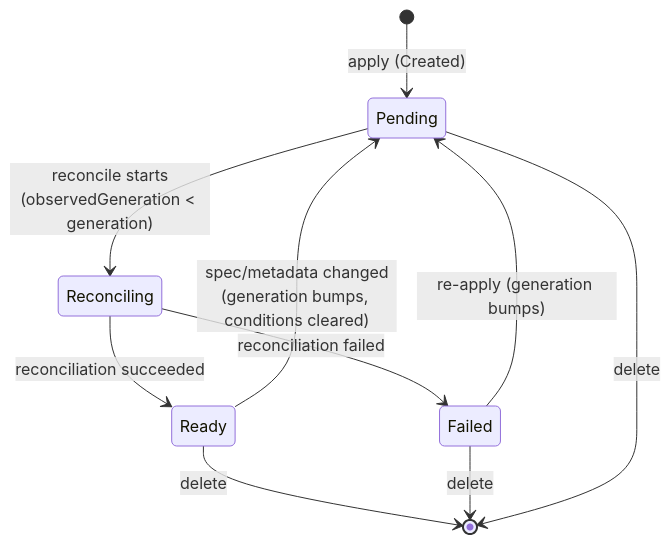
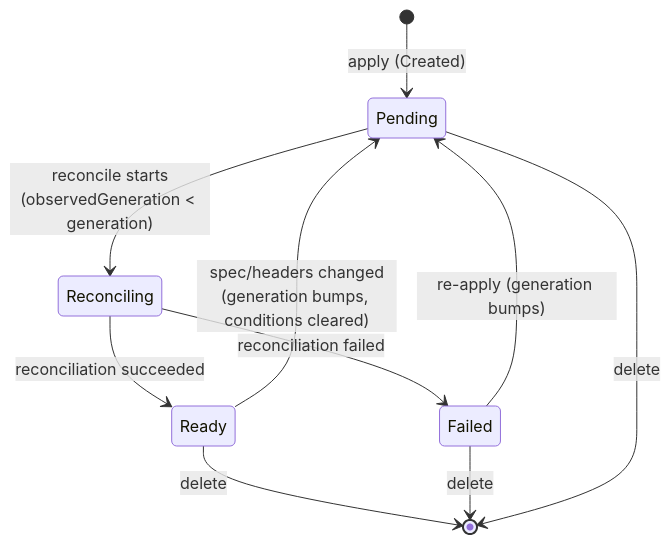
The seventh of 7 diagrams in docs/internal/resources-framework.md (kamu-data/kamu-cli), drawn with Mermaid before and after one commit. The commit also changed other lines of this file and 102 other files, not shown here.

Commit message:
`metadata` => `headers`

````diff
--- a/docs/internal/resources-framework.md
+++ b/docs/internal/resources-framework.md
@@ -883,12 +899,12 @@
 ```mermaid
 stateDiagram-v2
     [*] --> Pending: apply (Created)
     Pending --> Reconciling: reconcile starts<br/>(observedGeneration < generation)
     Reconciling --> Ready: reconciliation succeeded
     Reconciling --> Failed: reconciliation failed
-    Ready --> Pending: spec/metadata changed<br/>(generation bumps, conditions cleared)
+    Ready --> Pending: spec/headers changed<br/>(generation bumps, conditions cleared)
     Failed --> Pending: re-apply (generation bumps)
     Ready --> [*]: delete
     Failed --> [*]: delete
     Pending --> [*]: delete
 ```
````
